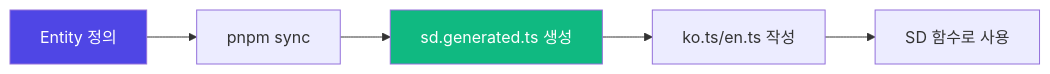
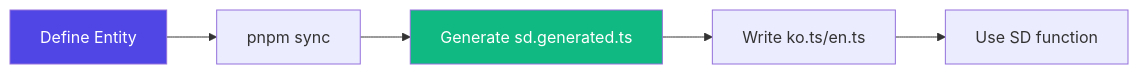
Before and after one commit to cartanova-ai/sonamu: the second of 2 diagrams in modules/docs/en/advanced-features/i18n/overview.mdx, drawn with Mermaid. The commit also changed other lines of this file and 86 other files, not shown here.

````diff
--- a/modules/docs/en/advanced-features/i18n/overview.mdx
+++ b/modules/docs/en/advanced-features/i18n/overview.mdx
@@ -56,10 +56,10 @@
 ```mermaid
 flowchart LR
-    A[Entity 정의] --> B[pnpm sync]
-    B --> C[sd.generated.ts 생성]
-    C --> D[ko.ts/en.ts 작성]
-    D --> E[SD 함수로 사용]
-    
+    A[Define Entity] --> B[pnpm sync]
+    B --> C[Generate sd.generated.ts]
+    C --> D[Write ko.ts/en.ts]
+    D --> E[Use SD function]
+
     style A fill:#4f46e5,color:#fff
     style C fill:#10b981,color:#fff
 ```
````
